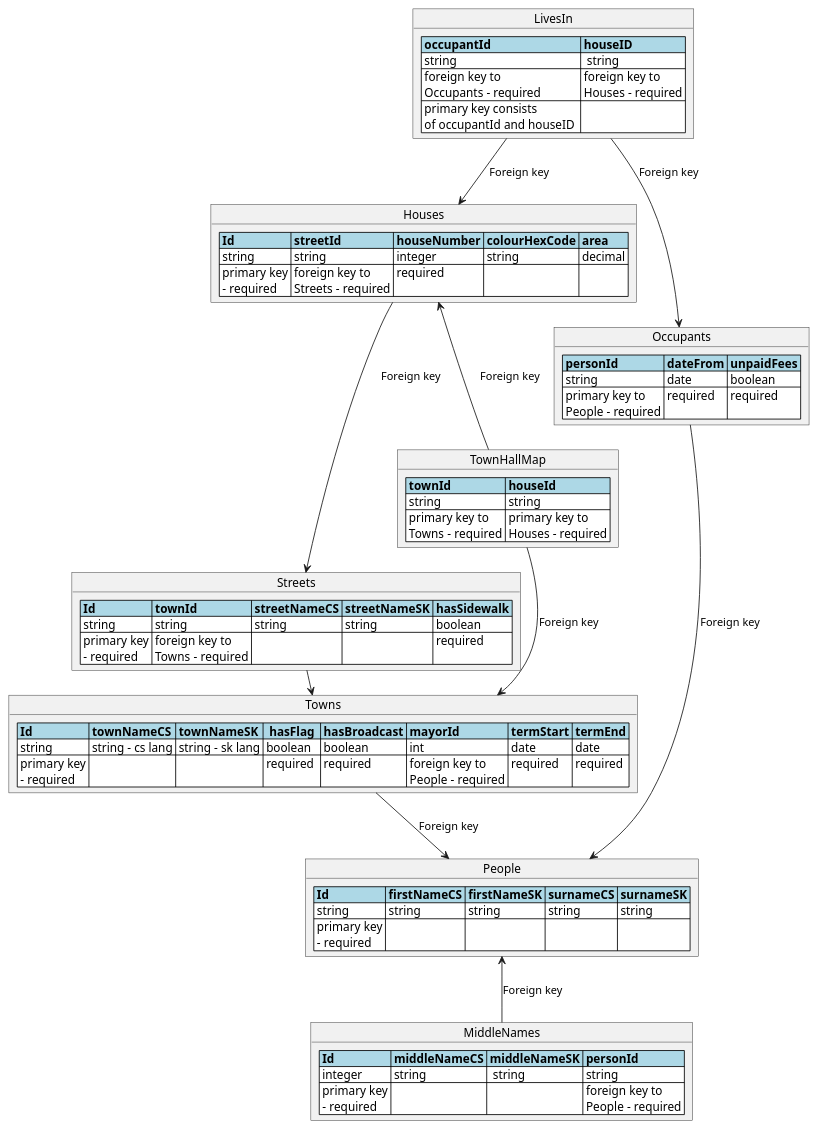
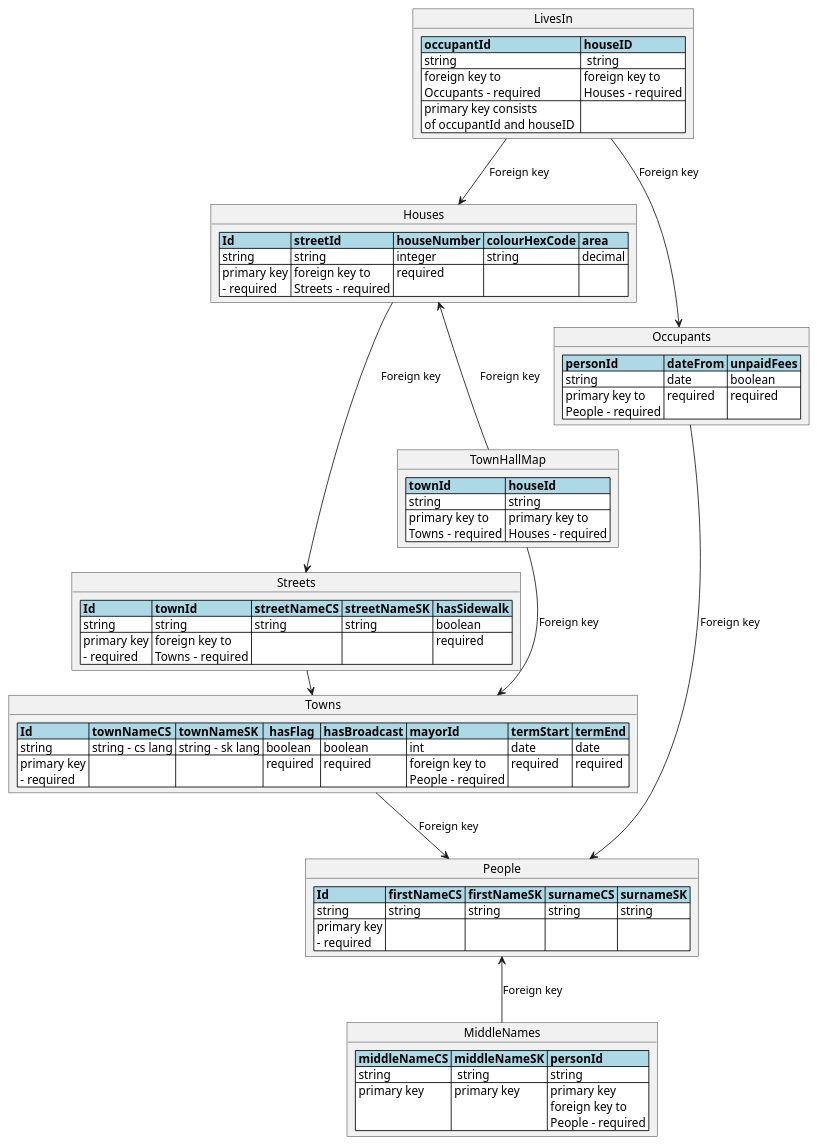
The diagram in 4/model/ralational.plantuml (michael-sevcik/NPRG036-Data-Formats), drawn with PlantUML before and after one commit. The commit also changed 1 other file, not shown here.

```diff
--- a/4/model/ralational.plantuml
+++ b/4/model/ralational.plantuml
@@ -1,69 +1,68 @@
 @startuml townDiagram
 
 hide circle
 
 object Towns {
   <#lightblue,#black>|= Id |= townNameCS |= townNameSK |=  hasFlag  |= hasBroadcast |= mayorId |= termStart |= termEnd |
   <#white>| string | string - cs lang | string - sk lang | boolean | boolean | int | date | date |
   <#white>| primary key \n - required | | | required | required | foreign key to \n People - required | required | required |
 }
 
 object People {
   <#lightblue,#black>|= Id |= firstNameCS |= firstNameSK |= surnameCS |= surnameSK |
   <#white>| string | string | string | string | string |
   <#white>| primary key \n - required | | | | |
 }
 
 object LivesIn {
   <#lightblue,#black>|= occupantId |= houseID |
   <#white>| string |  string |
   <#white>| foreign key to \n Occupants - required | foreign key to \n Houses - required |
   <#white>| primary key consists \n of occupantId and houseID  | |
 }
 
 object MiddleNames {
-  <#lightblue,#black>|= Id |= middleNameCS |= middleNameSK |= personId |
-  <#white>| integer | string |  string | string |
-  <#white>| primary key \n - required | | | foreign key to \n People - required |
+  <#lightblue,#black>|= middleNameCS |= middleNameSK |= personId |
+  <#white>| string |  string | string |
+  <#white>| primary key  | primary key | primary key \n foreign key to \n People - required |
 }
-
 object Occupants {
   <#lightblue,#black>|= personId |= dateFrom |= unpaidFees |
   <#white>| string | date | boolean |
   <#white>| primary key to \n People - required | required | required |
 }
 
 object TownHallMap {
   <#lightblue,#black>|= townId |= houseId |
   <#white>| string | string |
   <#white>| primary key to \n Towns - required | primary key to \n Houses - required | date \n - required | boolean \n - required |
 }
 
 ' TODO: the same problem with streetName and langs
 object Streets {
   <#lightblue,#black>|= Id |= townId |= streetNameCS |= streetNameSK |= hasSidewalk |
   <#white>| string | string | string | string | boolean |
   <#white>| primary key \n - required | foreign key to \n Towns - required | | | required |
 }
 
 object Houses {
   <#lightblue,#black>|= Id |= streetId |= houseNumber |= colourHexCode |= area |
   <#white>| string | string | integer | string | decimal |
   <#white>| primary key \n - required | foreign key to \n Streets - required | required | | |
 }
 
 Occupants -d-> People : "Foreign key"
 Houses -d-> Streets : "Foreign key"
 Streets -> Towns : "Foreign key"
 Towns -d-> People : "Foreign key"
 MiddleNames -u-> People : "Foreign key"
 TownHallMap --> Towns : "Foreign key"
 TownHallMap -u-> Houses : "Foreign key"
 LivesIn --> Occupants : "Foreign key"
 LivesIn --> Houses : "Foreign key"
 
 
 
 
 
 @enduml
```
